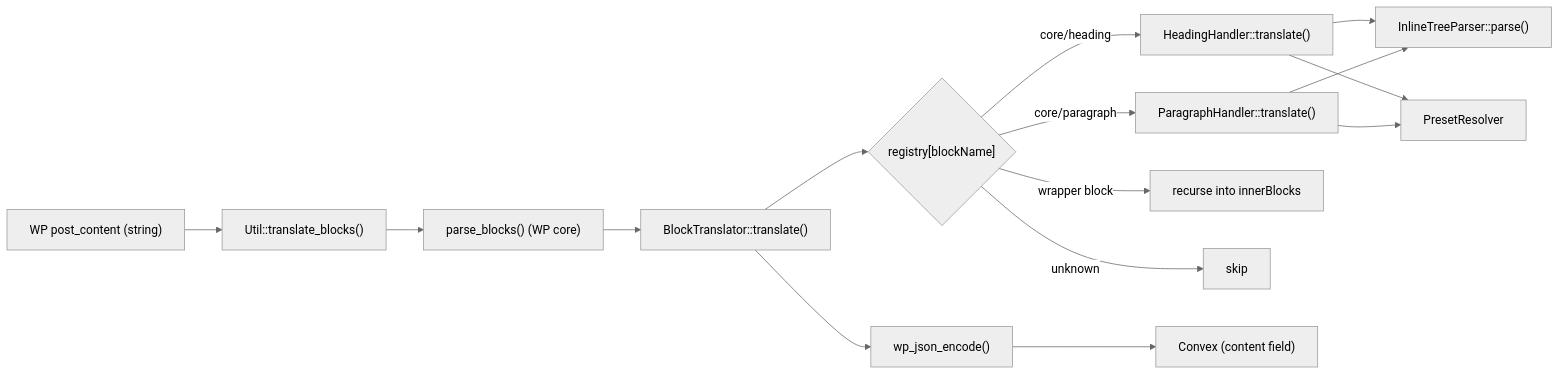
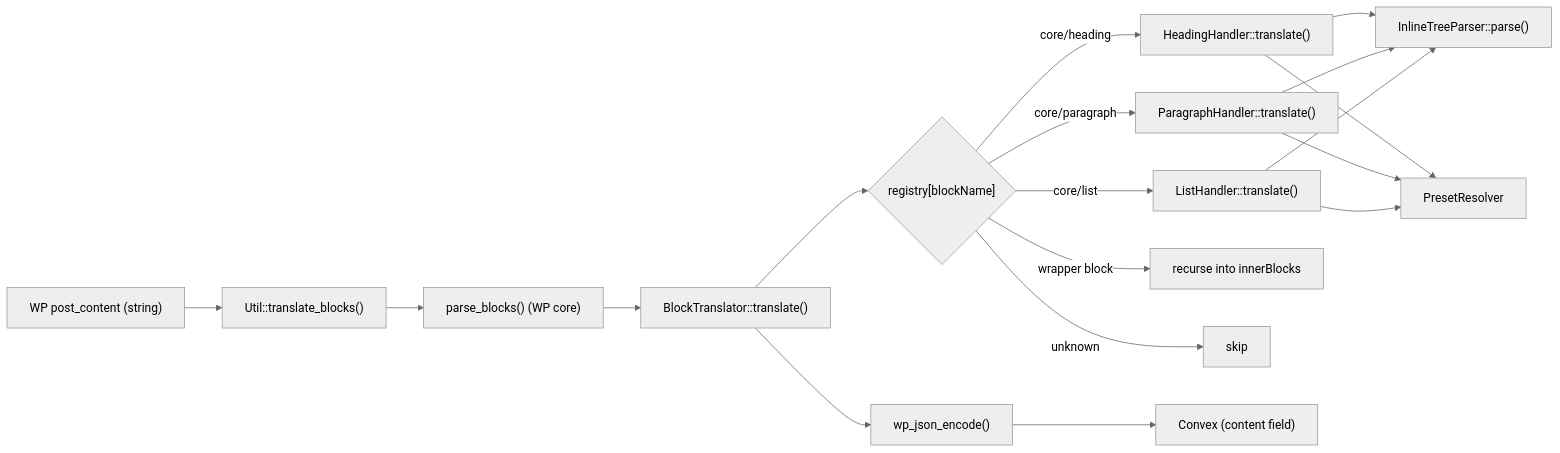
The diagram in wp-content/plugins/post-to-convex/includes/BlockHandlers/README.md (isaaclfelix/post-to-convex), drawn with Mermaid (neutral theme) before and after one commit. The commit also changed other lines of this file and 6 other files, not shown here.

````diff
--- a/wp-content/plugins/post-to-convex/includes/BlockHandlers/README.md
+++ b/wp-content/plugins/post-to-convex/includes/BlockHandlers/README.md
@@ -9,17 +9,20 @@
 ```mermaid
 flowchart LR
     post["WP post_content (string)"] --> util["Util::translate_blocks()"]
     util --> parse["parse_blocks() (WP core)"]
     parse --> translator["BlockTranslator::translate()"]
     translator --> registry{"registry[blockName]"}
     registry -->|"core/heading"| heading["HeadingHandler::translate()"]
     registry -->|"core/paragraph"| paragraph["ParagraphHandler::translate()"]
+    registry -->|"core/list"| list["ListHandler::translate()"]
     registry -->|wrapper block| recurse["recurse into innerBlocks"]
     registry -->|unknown| skip["skip"]
     heading --> inline["InlineTreeParser::parse()"]
     paragraph --> inline
+    list --> inline
     heading --> presets["PresetResolver"]
     paragraph --> presets
+    list --> presets
     translator --> encode["wp_json_encode()"]
     encode --> convex["Convex (content field)"]
 ```
````
